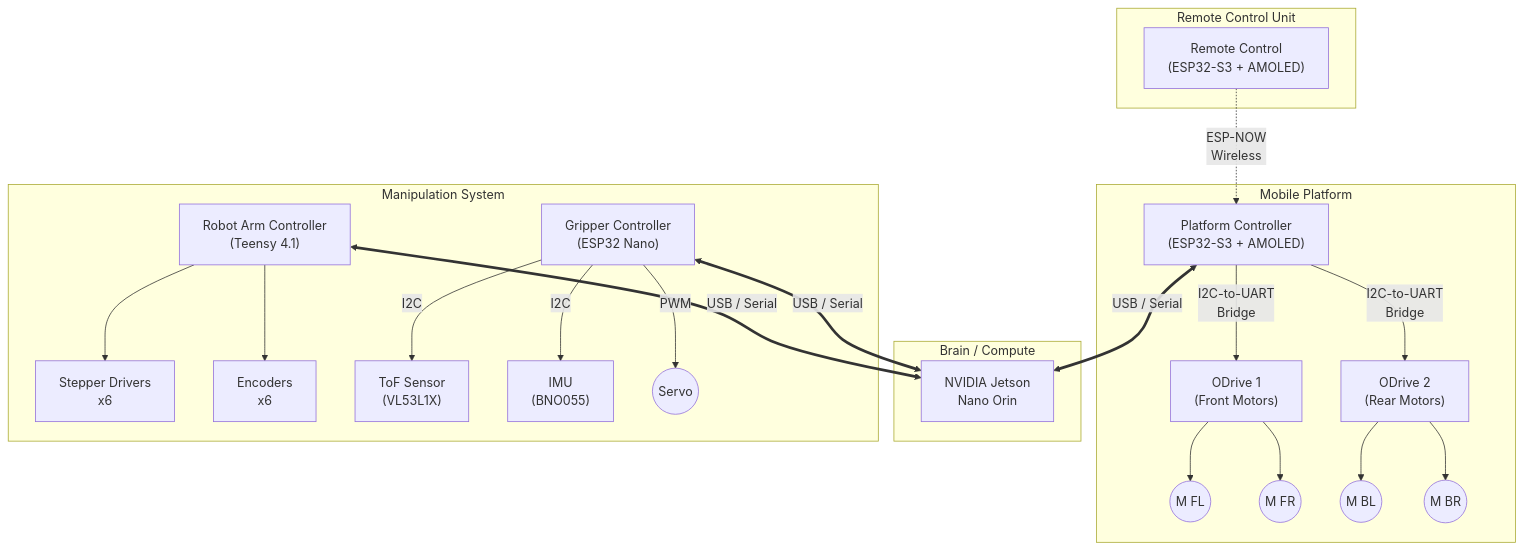
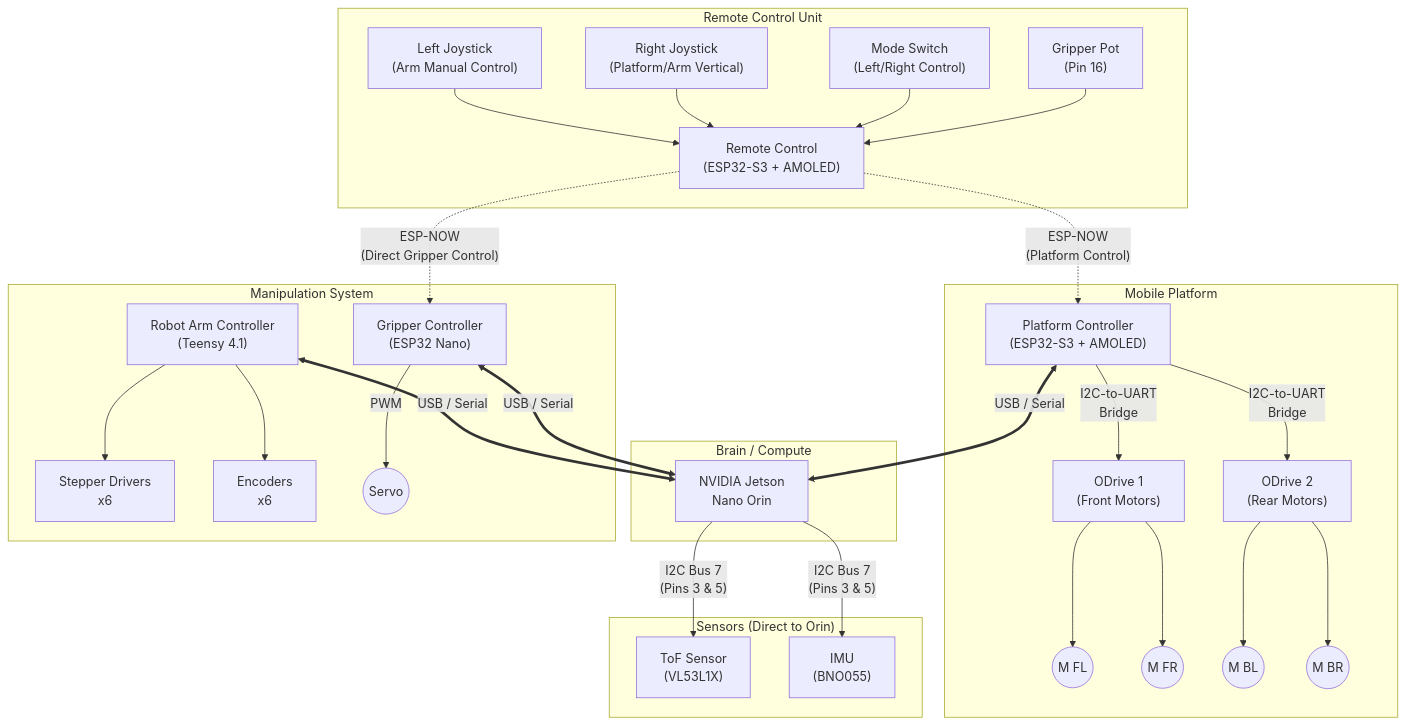
The diagram in docs/hardware_interconnection.md (bano99/james-useful-home-robot), drawn with Mermaid before and after one commit. The commit also changed other lines of this file, not shown here.

Commit message:
Update hardware architecture: Direct Gripper Control and Orin Sensors

````diff
--- a/docs/hardware_interconnection.md
+++ b/docs/hardware_interconnection.md
@@ -9,56 +9,72 @@
 ```mermaid
 graph TD
     subgraph "Remote Control Unit"
         RC["Remote Control<br/>(ESP32-S3 + AMOLED)"]
+        L_JOY["Left Joystick<br/>(Arm Manual Control)"]
+        R_JOY["Right Joystick<br/>(Platform/Arm Vertical)"]
+        SW_MODE["Mode Switch<br/>(Left/Right Control)"]
+        G_POT["Gripper Pot<br/>(Pin 16)"]
     end
 
     subgraph "Mobile Platform"
         PC["Platform Controller<br/>(ESP32-S3 + AMOLED)"]
         OD1["ODrive 1<br/>(Front Motors)"]
         OD2["ODrive 2<br/>(Rear Motors)"]
         M_FL((M FL))
         M_FR((M FR))
         M_BL((M BL))
         M_BR((M BR))
     end
 
     subgraph "Brain / Compute"
         ORIN["NVIDIA Jetson<br/>Nano Orin"]
     end
 
     subgraph "Manipulation System"
         TEENSY["Robot Arm Controller<br/>(Teensy 4.1)"]
         GRP["Gripper Controller<br/>(ESP32 Nano)"]
         
         DRIVERS["Stepper Drivers<br/>x6"]
         ENC["Encoders<br/>x6"]
-        
+        SERVO((Servo))
+    end
+    
+    subgraph "Sensors (Direct to Orin)"
         TOF["ToF Sensor<br/>(VL53L1X)"]
         IMU["IMU<br/>(BNO055)"]
-        SERVO((Servo))
     end
 
-    %% Communications
-    RC -.->|ESP-NOW<br/>Wireless| PC
+    %% Inputs to Remote
+    L_JOY --> RC
+    R_JOY --> RC
+    SW_MODE --> RC
+    G_POT --> RC
+
+    %% Remote Communications
+    RC -.->|"ESP-NOW<br/>(Platform Control)"| PC
+    RC -.->|"ESP-NOW<br/>(Direct Gripper Control)"| GRP
     
+    %% Compute Connections
     PC <==>|"USB / Serial"| ORIN
     TEENSY <==>|"USB / Serial"| ORIN
     GRP <==>|"USB / Serial"| ORIN
     
     %% Platform Internal
     PC -->|"I2C-to-UART<br/>Bridge"| OD1
     PC -->|"I2C-to-UART<br/>Bridge"| OD2
     OD1 --> M_FL
     OD1 --> M_FR
     OD2 --> M_BL
     OD2 --> M_BR
 
     %% Arm Internal
     TEENSY --> DRIVERS
     TEENSY --> ENC
 
     %% Gripper Internal
-    GRP -->|I2C| TOF
-    GRP -->|I2C| IMU
     GRP -->|PWM| SERVO
+    
+    %% Sensor Connections
+    ORIN -->|"I2C Bus 7<br/>(Pins 3 & 5)"| TOF
+    ORIN -->|"I2C Bus 7<br/>(Pins 3 & 5)"| IMU
 ```
````
